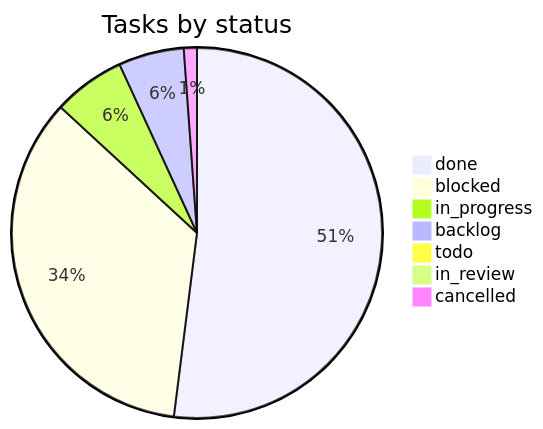
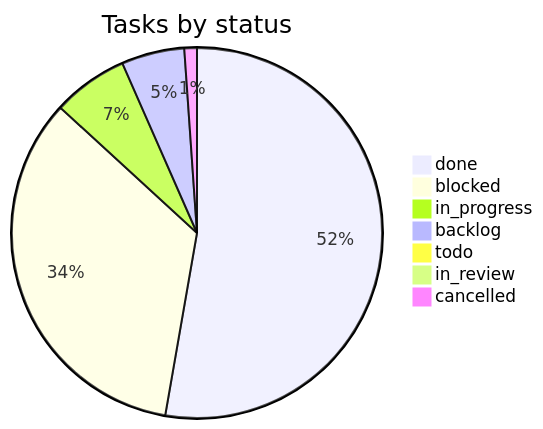
One commit to vulcanflow/docs changed the second of 2 diagrams in PROGRESS.md. Above: the diagram before and after it, drawn with Mermaid. The commit also changed other lines of this file and 1 other file, not shown here.

Commit message:
progress: 5 deliveries (VFL-227, VFL-228, VFL-229, VFL-230, VFL-232), 1 status change, 2 new tasks (VFL-231, VFL-233) (#86)

````diff
--- a/PROGRESS.md
+++ b/PROGRESS.md
@@ -58,10 +58,10 @@
 ```mermaid
 pie title Tasks by status
-  "done" : 91
-  "blocked" : 61
-  "in_progress" : 11
+  "done" : 96
+  "blocked" : 62
+  "in_progress" : 12
   "backlog" : 10
   "todo" : 1
   "in_review" : 1
   "cancelled" : 2
 ```
````
